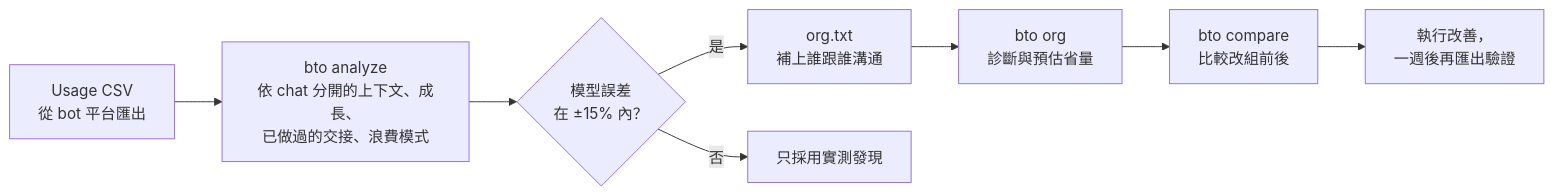
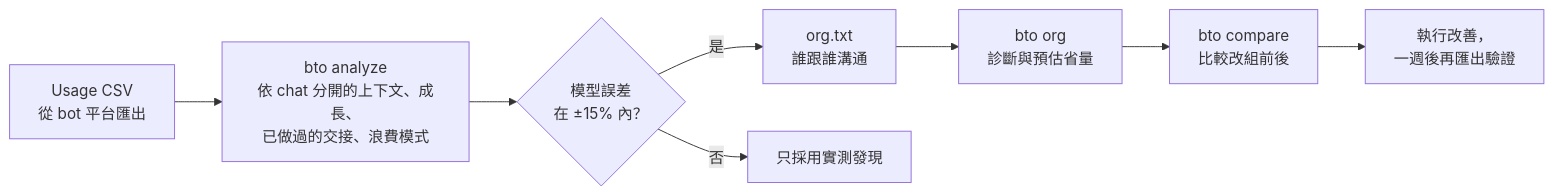
The diagram in README.zh-TW.md (EndeavorYen/bot-token-optimizer), drawn with Mermaid before and after one commit. The commit also changed other lines of this file and 16 other files, not shown here.

````diff
--- a/README.zh-TW.md
+++ b/README.zh-TW.md
@@ -97,10 +171,10 @@
 ```mermaid
 flowchart LR
     A[Usage CSV<br/>從 bot 平台匯出] --> B[bto analyze<br/>依 chat 分開的上下文、成長、<br/>已做過的交接、浪費模式]
     B --> C{模型誤差<br/>在 ±15% 內？}
-    C -- 是 --> D[org.txt<br/>補上誰跟誰溝通]
+    C -- 是 --> D[org.txt<br/>誰跟誰溝通]
     C -- 否 --> E[只採用實測發現]
     D --> F[bto org<br/>診斷與預估省量]
     F --> G[bto compare<br/>比較改組前後]
     G --> H[執行改善，<br/>一週後再匯出驗證]
 ```
````
